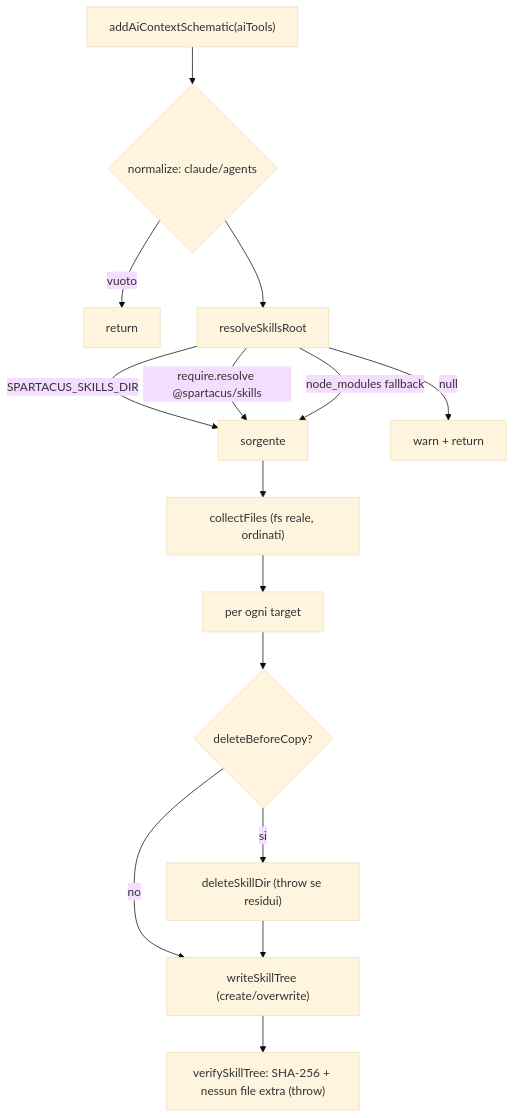
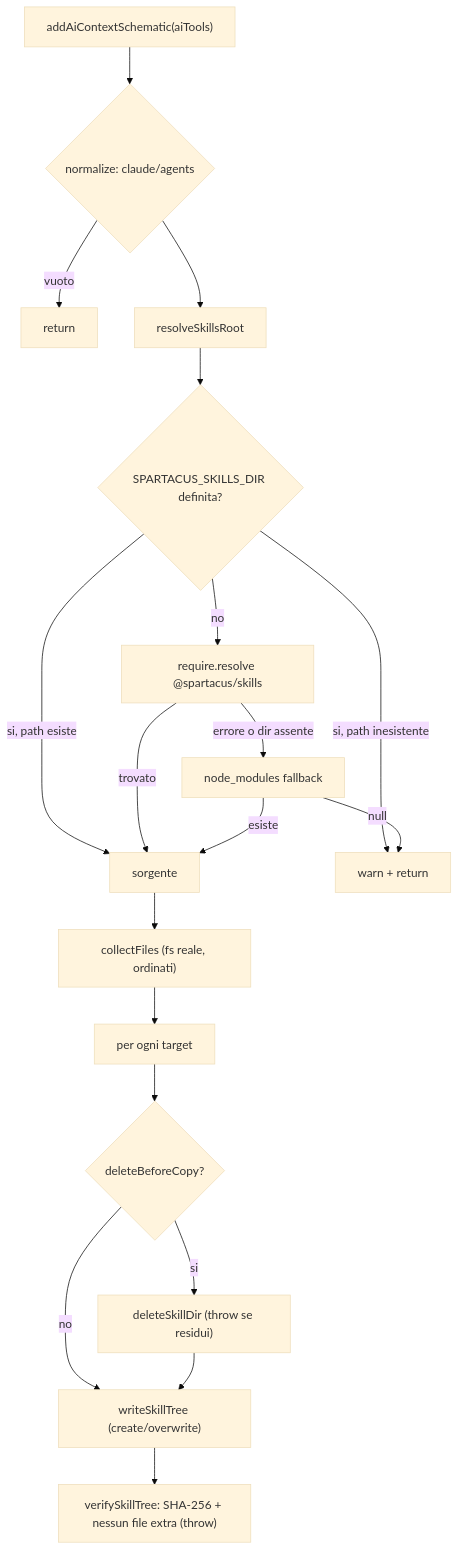
The fourth of 4 diagrams in docs/spartacus-book/parte-2/43-schematics-migrazioni.md (mgiuditta/spartacus), drawn with Mermaid (base theme) before and after one commit. The commit also changed other lines of this file and 5 other files, not shown here.

````diff
--- a/docs/spartacus-book/parte-2/43-schematics-migrazioni.md
+++ b/docs/spartacus-book/parte-2/43-schematics-migrazioni.md
@@ -293,17 +293,21 @@
 ```mermaid
 flowchart TD
   A["addAiContextSchematic(aiTools)"] --> N{"normalize: claude/agents"}
   N -->|"vuoto"| X["return"]
   N --> R["resolveSkillsRoot"]
-  R -->|"SPARTACUS_SKILLS_DIR"| S["sorgente"]
-  R -->|"require.resolve @spartacus/skills"| S
-  R -->|"node_modules fallback"| S
-  R -->|"null"| W["warn + return"]
+  R --> E{"SPARTACUS_SKILLS_DIR definita?"}
+  E -->|"si, path esiste"| S["sorgente"]
+  E -->|"si, path inesistente"| W["warn + return"]
+  E -->|"no"| RR["require.resolve @spartacus/skills"]
+  RR -->|"trovato"| S
+  RR -->|"errore o dir assente"| NM["node_modules fallback"]
+  NM -->|"esiste"| S
+  NM -->|"null"| W
   S --> F["collectFiles (fs reale, ordinati)"]
   F --> L["per ogni target"]
   L --> D{"deleteBeforeCopy?"}
   D -->|"si"| DEL["deleteSkillDir (throw se residui)"]
   D -->|"no"| WR
   DEL --> WR["writeSkillTree (create/overwrite)"]
   WR --> V["verifySkillTree: SHA-256 + nessun file extra (throw)"]
 ```
````
